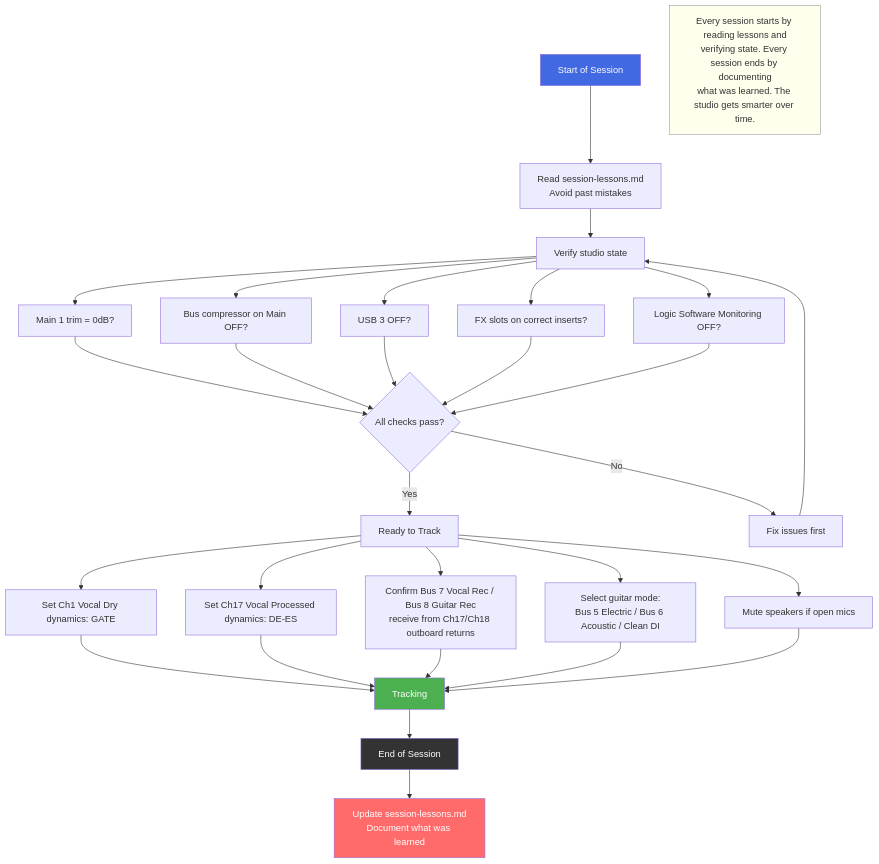
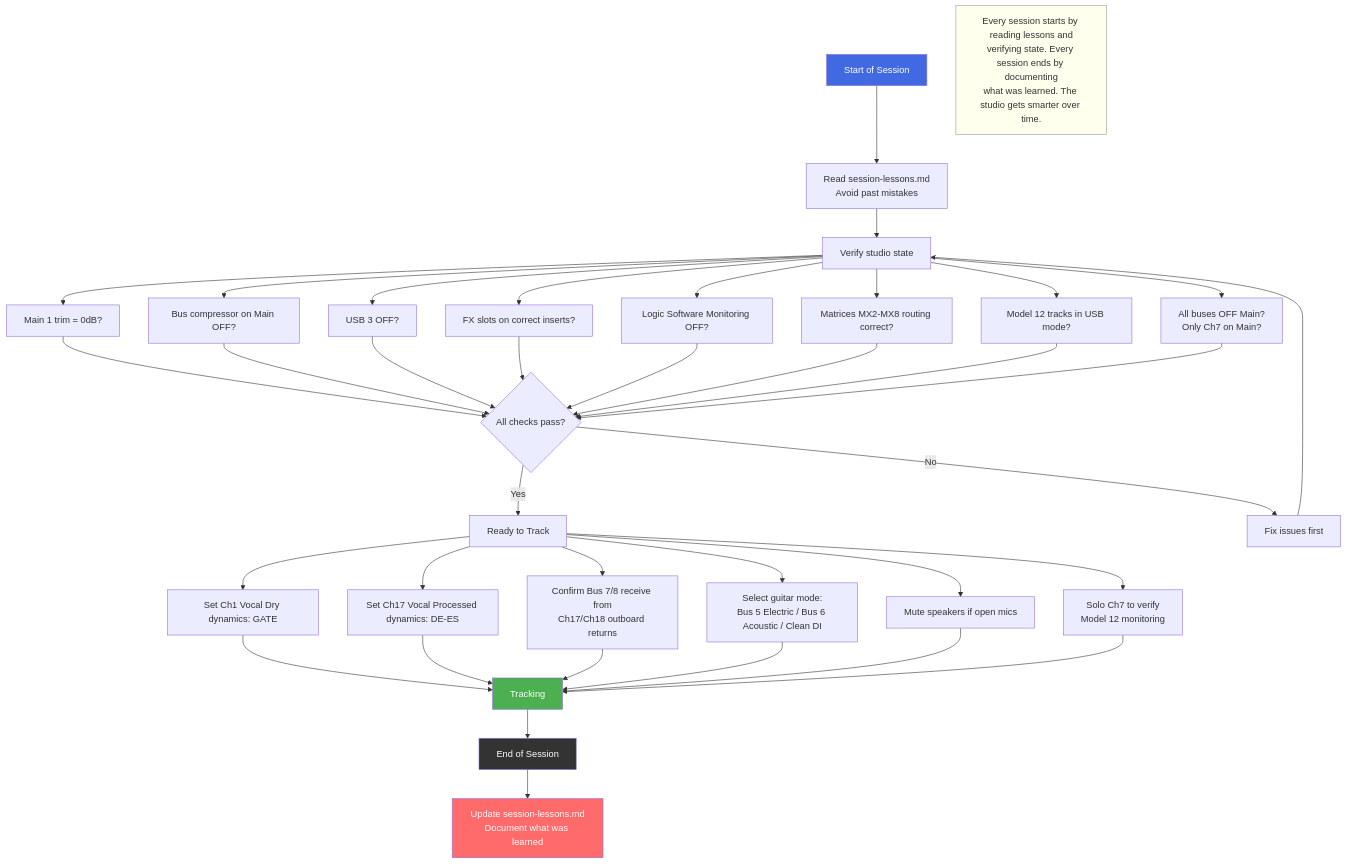
Diagram 17 of 21 in docs/diagrams.md (ldenman/studio-setup), drawn with Mermaid before and after one commit. The commit also changed other lines of this file and 1 other file, not shown here.

First line of the commit message:
Update all diagrams for mix matrices and tape aux loop

````diff
--- a/docs/diagrams.md
+++ b/docs/diagrams.md
@@ -557,44 +715,52 @@
 ```mermaid
 flowchart TD
     START[Start of Session] --> READ[Read session-lessons.md<br/>Avoid past mistakes]
     READ --> VERIFY[Verify studio state]
 
     VERIFY --> V1[Main 1 trim = 0dB?]
     VERIFY --> V2[Bus compressor on Main OFF?]
     VERIFY --> V3[USB 3 OFF?]
     VERIFY --> V4[FX slots on correct inserts?]
     VERIFY --> V5[Logic Software Monitoring OFF?]
+    VERIFY --> V6[Matrices MX2-MX8 routing correct?]
+    VERIFY --> V7[Model 12 tracks in USB mode?]
+    VERIFY --> V8[All buses OFF Main?<br/>Only Ch7 on Main?]
 
     V1 --> READY{All checks pass?}
     V2 --> READY
     V3 --> READY
     V4 --> READY
     V5 --> READY
+    V6 --> READY
+    V7 --> READY
+    V8 --> READY
 
     READY -->|Yes| TRACK[Ready to Track]
     READY -->|No| FIX[Fix issues first]
     FIX --> VERIFY
 
     TRACK --> T1[Set Ch1 Vocal Dry dynamics: GATE]
     TRACK --> T2[Set Ch17 Vocal Processed dynamics: DE-ES]
-    TRACK --> T3[Confirm Bus 7 Vocal Rec / Bus 8 Guitar Rec<br/>receive from Ch17/Ch18 outboard returns]
+    TRACK --> T3[Confirm Bus 7/8 receive from<br/>Ch17/Ch18 outboard returns]
     TRACK --> T4[Select guitar mode:<br/>Bus 5 Electric / Bus 6 Acoustic / Clean DI]
     TRACK --> T5[Mute speakers if open mics]
+    TRACK --> T6[Solo Ch7 to verify<br/>Model 12 monitoring]
 
     T1 --> GO[Tracking]
     T2 --> GO
     T3 --> GO
     T4 --> GO
     T5 --> GO
+    T6 --> GO
 
     GO --> END_SESSION[End of Session]
     END_SESSION --> UPDATE[Update session-lessons.md<br/>Document what was learned]
 
     NOTE[Every session starts by reading lessons and<br/>verifying state. Every session ends by documenting<br/>what was learned. The studio gets smarter over time.]
 
     style NOTE fill:#ffe,stroke:#999
     style START fill:#4169E1,color:#fff
     style GO fill:#4CAF50,color:#fff
     style END_SESSION fill:#333,color:#fff
     style UPDATE fill:#FF6B6B,color:#fff
 ```
````
